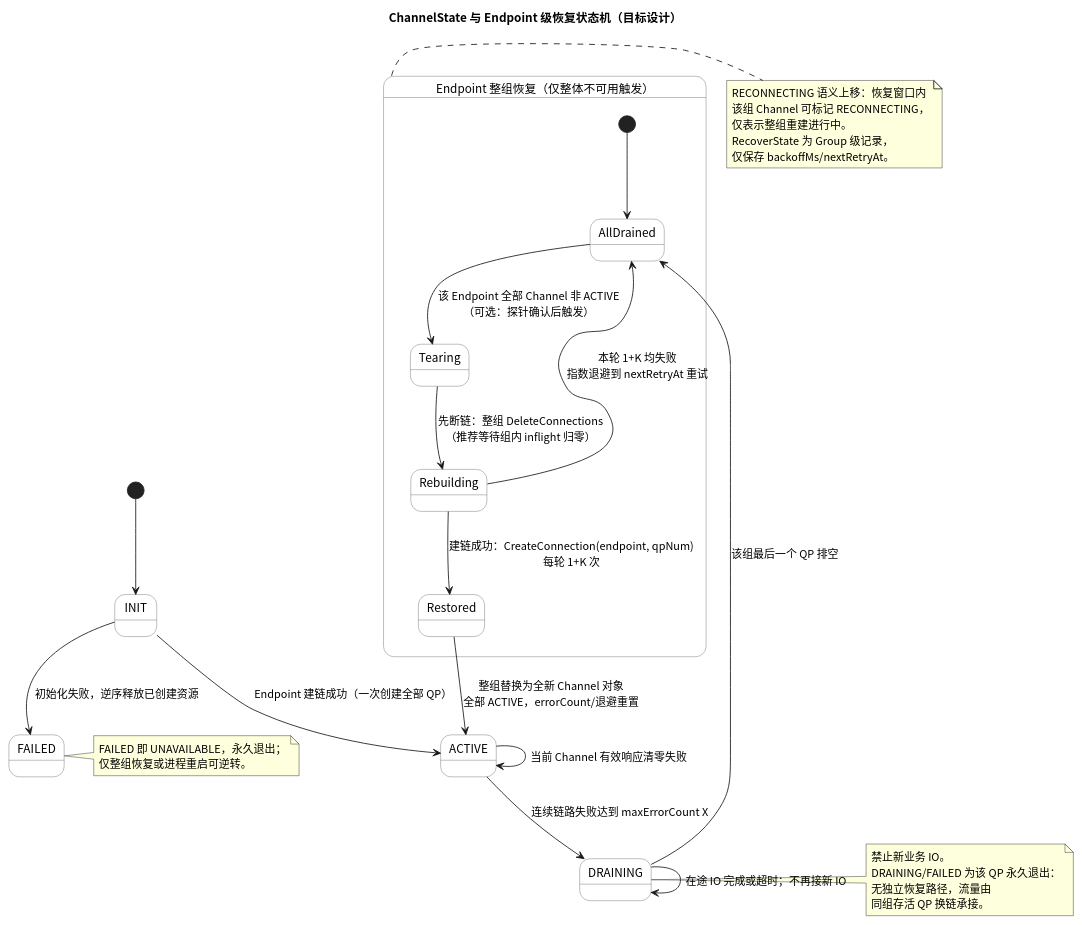
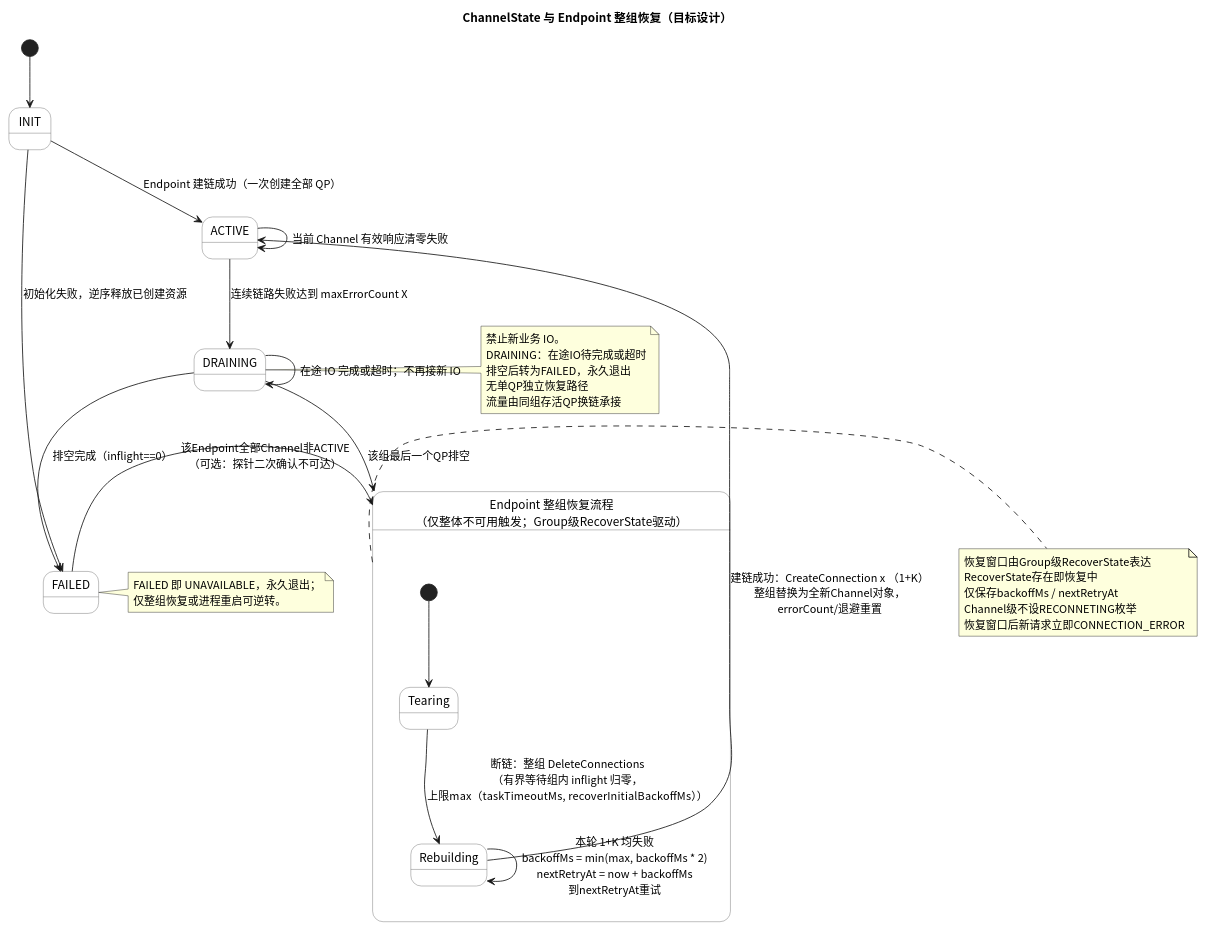
Before and after one commit to Shiqt233/unified-cache-management: the fifth of 6 diagrams in kv_semantics/docs/SR20261025425863软件Story设计说明书.md, drawn with PlantUML. The commit also changed other lines of this file, not shown here.

````diff
--- a/kv_semantics/docs/SR20261025425863软件Story设计说明书.md
+++ b/kv_semantics/docs/SR20261025425863软件Story设计说明书.md
@@ -956,44 +956,45 @@
 ```plantuml
 @startuml
-title ChannelState 与 Endpoint 级恢复状态机（目标设计）
+title ChannelState 与 Endpoint 整组恢复（目标设计）
 skinparam state {
   BackgroundColor #FFFFFF
   BorderColor #666666
 }
 skinparam defaultFontName "Noto Sans CJK SC"
 [*] --> INIT
 INIT --> ACTIVE : Endpoint 建链成功（一次创建全部 QP）
 INIT --> FAILED : 初始化失败，逆序释放已创建资源
 ACTIVE --> DRAINING : 连续链路失败达到 maxErrorCount X
 DRAINING --> DRAINING : 在途 IO 完成或超时；不再接新 IO
 ACTIVE --> ACTIVE : 当前 Channel 有效响应清零失败
+DRAINING --> FAILED : 排空完成（inflight==0）
 
-state "Endpoint 整组恢复（仅整体不可用触发）" as grp {
-  [*] --> AllDrained
-  AllDrained --> Tearing : 该 Endpoint 全部 Channel 非 ACTIVE\n（可选：探针确认后触发）
-  Tearing --> Rebuilding : 先断链：整组 DeleteConnections\n（推荐等待组内 inflight 归零）
-  Rebuilding --> Restored : 建链成功：CreateConnection(endpoint, qpNum)\n每轮 1+K 次
-  Rebuilding --> AllDrained : 本轮 1+K 均失败\n指数退避到 nextRetryAt 重试
+state "Endpoint 整组恢复流程\n（仅整体不可用触发；Group级RecoverState驱动）" as grp {
+  [*] --> Tearing
+  Tearing --> Rebuilding : 断链：整组 DeleteConnections\n（有界等待组内 inflight 归零，\n上限max（taskTimeoutMs, recoverInitialBackoffMs））
+  Rebuilding --> ACTIVE : 建链成功：CreateConnection x （1+K）\n整组替换为全新Channel对象，\nerrorCount/退避重置
+  Rebuilding --> Rebuilding : 本轮 1+K 均失败\nbackoffMs = min(max, backoffMs * 2)\nnextRetryAt = now + backoffMs\n到nextRetryAt重试
 }
-DRAINING --> AllDrained : 该组最后一个 QP 排空
-Restored --> ACTIVE : 整组替换为全新 Channel 对象\n全部 ACTIVE，errorCount/退避重置
+FAILED --> grp : 该Endpoint全部Channel非ACTIVE\n（可选：探针二次确认不可达）
+DRAINING --> grp : 该组最后一个QP排空
 
 note right of DRAINING
   禁止新业务 IO。
-  DRAINING/FAILED 为该 QP 永久退出：
-  无独立恢复路径，流量由
-  同组存活 QP 换链承接。
+  DRAINING：在途IO待完成或超时
+  排空后转为FAILED，永久退出
+  无单QP独立恢复路径
+  流量由同组存活QP换链承接
 end note
 note right of grp
-  RECONNECTING 语义上移：恢复窗口内
-  该组 Channel 可标记 RECONNECTING，
-  仅表示整组重建进行中。
-  RecoverState 为 Group 级记录，
-  仅保存 backoffMs/nextRetryAt。
+  恢复窗口由Group级RecoverState表达
+  RecoverState存在即恢复中
+  仅保存backoffMs / nextRetryAt
+  Channel级不设RECONNETING枚举
+  恢复窗口后新请求立即CONNECTION_ERROR
 end note
 note right of FAILED
   FAILED 即 UNAVAILABLE，永久退出；
   仅整组恢复或进程重启可逆转。
 end note
 @enduml
 ```
````
